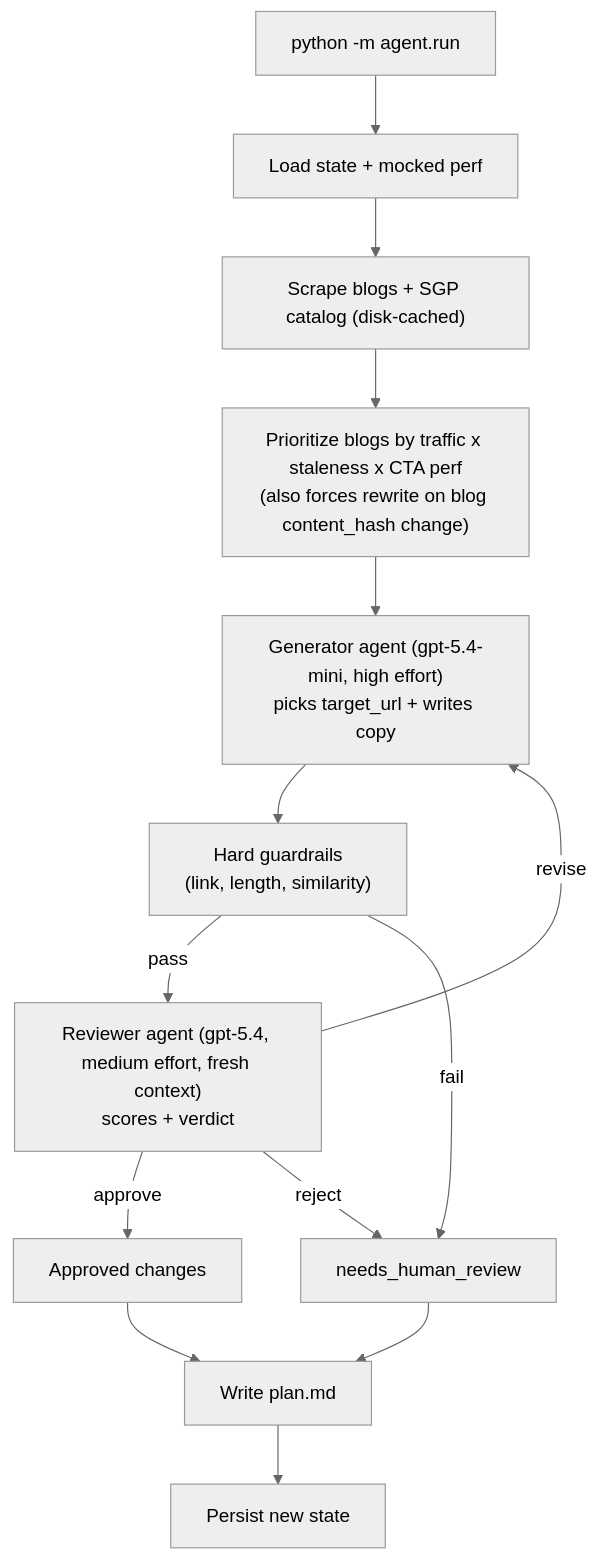
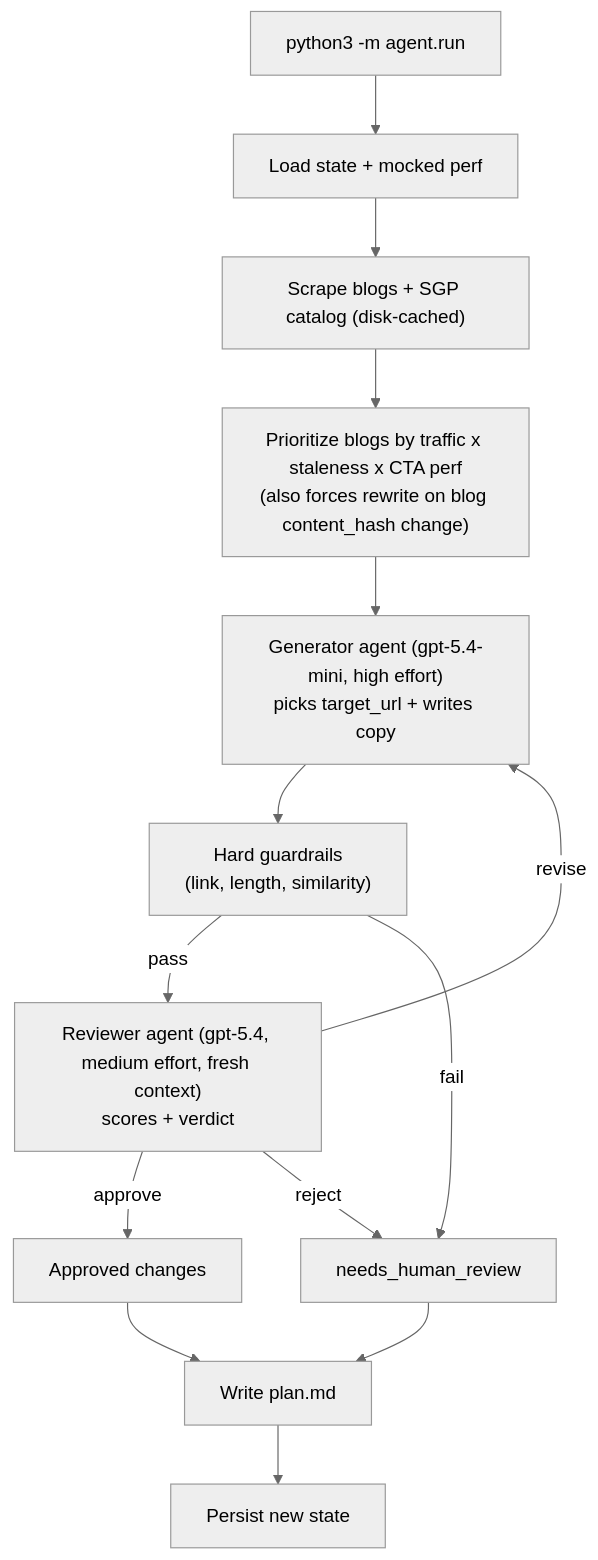
Before and after one commit to GradyGaugler/bold-growth-project: the diagram in README.md, drawn with Mermaid (neutral theme). The commit also changed other lines of this file and 3 other files, not shown here.

First line of the commit message:
Clarify run docs: python3, venv setup, and pip editable install.

````diff
--- a/README.md
+++ b/README.md
@@ -19,16 +19,16 @@
 ```mermaid
 flowchart TD
-    runCmd["python -m agent.run"] --> loadState["Load state + mocked perf"]
+    runCmd["python3 -m agent.run"] --> loadState["Load state + mocked perf"]
     loadState --> scrape["Scrape blogs + SGP catalog (disk-cached)"]
     scrape --> prioritize["Prioritize blogs by traffic x staleness x CTA perf<br/>(also forces rewrite on blog content_hash change)"]
     prioritize --> generator["Generator agent (gpt-5.4-mini, high effort)<br/>picks target_url + writes copy"]
     generator --> guardrails["Hard guardrails<br/>(link, length, similarity)"]
     guardrails -->|pass| reviewer["Reviewer agent (gpt-5.4, medium effort, fresh context)<br/>scores + verdict"]
     guardrails -->|fail| humanQueue["needs_human_review"]
     reviewer -->|approve| approved["Approved changes"]
     reviewer -->|revise| generator
     reviewer -->|reject| humanQueue
     approved --> writeArtifacts["Write plan.md"]
     humanQueue --> writeArtifacts
     writeArtifacts --> persistState["Persist new state"]
 ```
````
